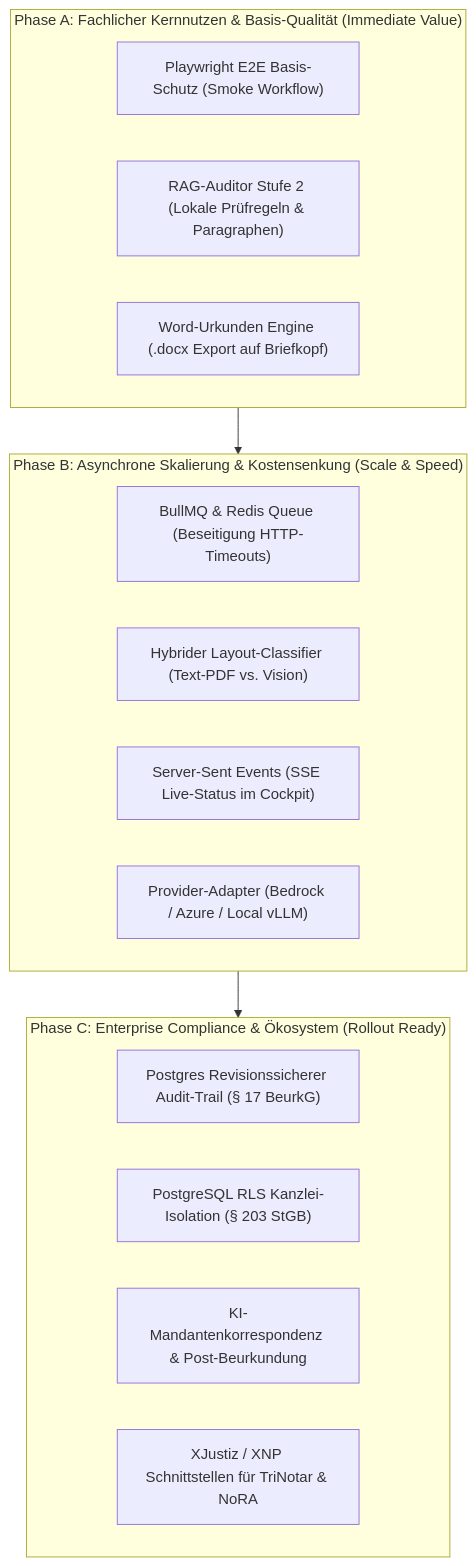
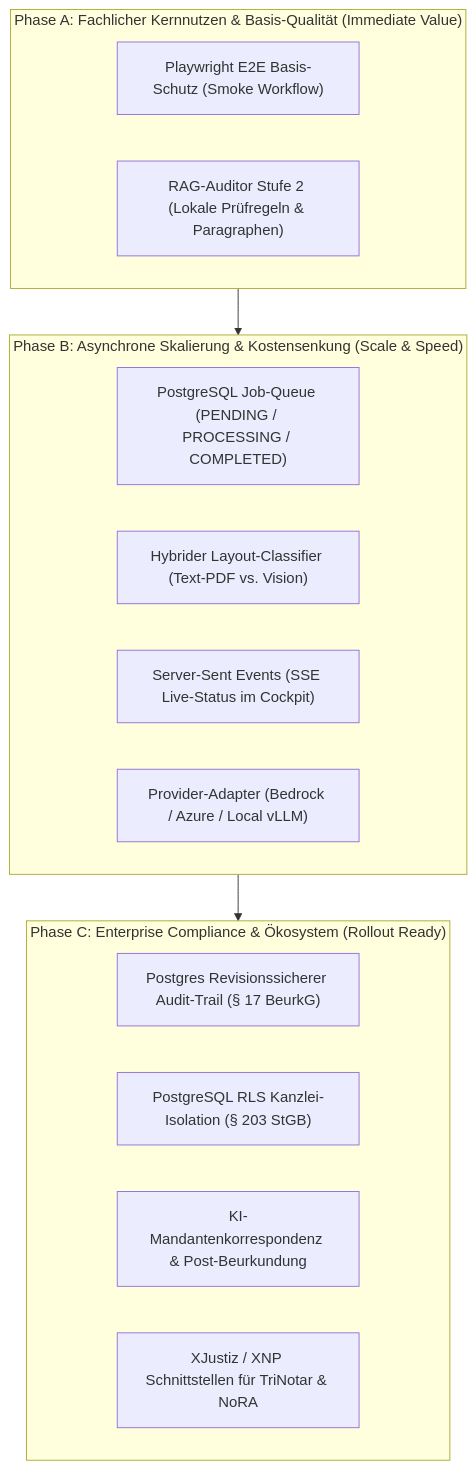
Before and after one commit to oguzbits/notar-agent: the seventh of 7 diagrams in ARCHITECTURE_ROADMAP.md, drawn with Mermaid. The commit also changed other lines of this file and 4 other files, not shown here.

Commit message:
feat: add job queue types, schemas, and tests for asynchronous dossier processing

````diff
--- a/ARCHITECTURE_ROADMAP.md
+++ b/ARCHITECTURE_ROADMAP.md
@@ -302,24 +292,23 @@
 ```mermaid
 graph TD
     subgraph PhaseA["Phase A: Fachlicher Kernnutzen & Basis-Qualität (Immediate Value)"]
         A1["Playwright E2E Basis-Schutz (Smoke Workflow)"]
         A2["RAG-Auditor Stufe 2 (Lokale Prüfregeln & Paragraphen)"]
-        A3["Word-Urkunden Engine (.docx Export auf Briefkopf)"]
     end
 
     subgraph PhaseB["Phase B: Asynchrone Skalierung & Kostensenkung (Scale & Speed)"]
-        B1["BullMQ & Redis Queue (Beseitigung HTTP-Timeouts)"]
+        B1["PostgreSQL Job-Queue (PENDING / PROCESSING / COMPLETED)"]
         B2["Hybrider Layout-Classifier (Text-PDF vs. Vision)"]
         B3["Server-Sent Events (SSE Live-Status im Cockpit)"]
         B4["Provider-Adapter (Bedrock / Azure / Local vLLM)"]
     end
 
     subgraph PhaseC["Phase C: Enterprise Compliance & Ökosystem (Rollout Ready)"]
         C1["Postgres Revisionssicherer Audit-Trail (§ 17 BeurkG)"]
         C2["PostgreSQL RLS Kanzlei-Isolation (§ 203 StGB)"]
         C3["KI-Mandantenkorrespondenz & Post-Beurkundung"]
         C4["XJustiz / XNP Schnittstellen für TriNotar & NoRA"]
     end
 
     PhaseA --> PhaseB --> PhaseC
 ```
````
